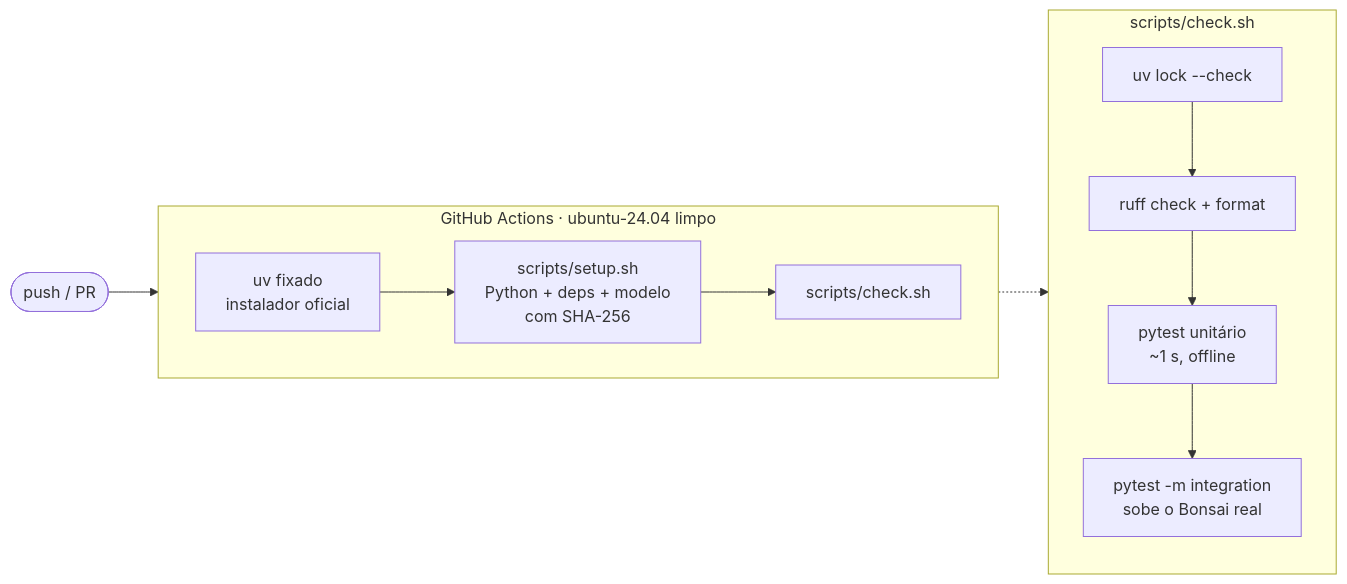
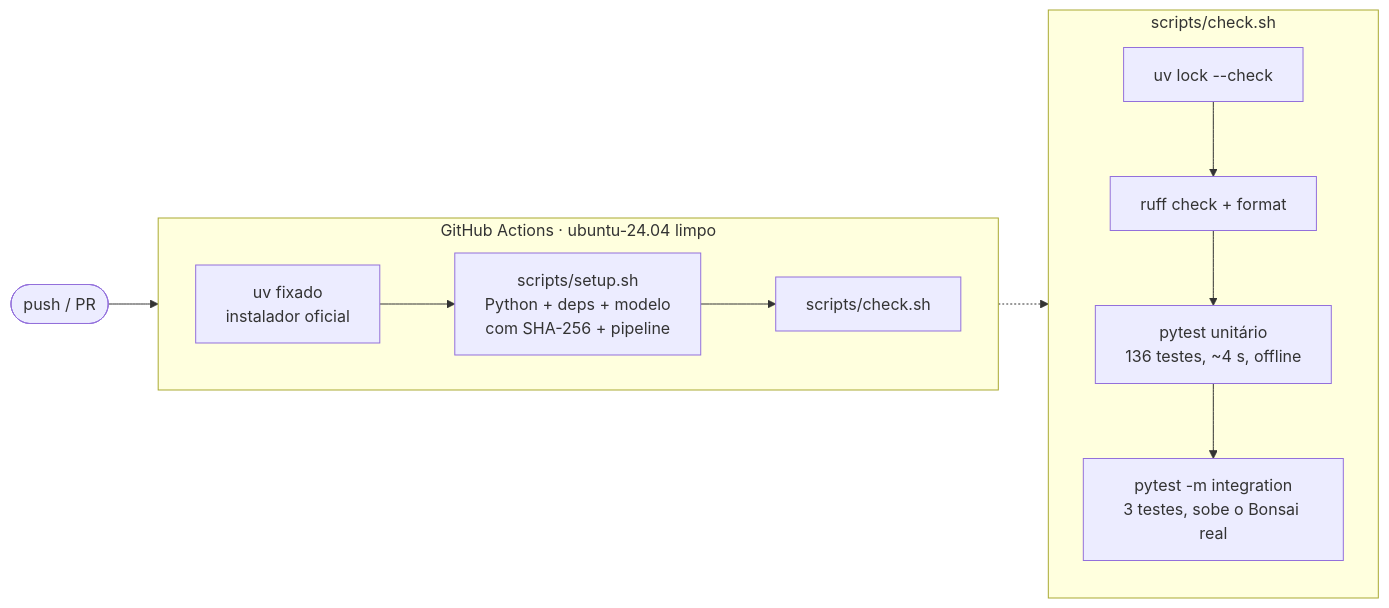
The sixth of 11 diagrams in README.md (RonildoSilva/ai-engineer-challenge), drawn with Mermaid before and after one commit. The commit also changed other lines of this file, not shown here.

First line of the commit message:
docs: atualiza README (roadmap, cobertura de testes, CI)

````diff
--- a/README.md
+++ b/README.md
@@ -205,15 +205,15 @@
 ```mermaid
 flowchart LR
     P([push / PR]) --> CI
     subgraph CI[GitHub Actions · ubuntu-24.04 limpo]
         direction LR
-        U[uv fixado<br/>instalador oficial] --> S[scripts/setup.sh<br/>Python + deps + modelo<br/>com SHA-256] --> K[scripts/check.sh]
+        U[uv fixado<br/>instalador oficial] --> S[scripts/setup.sh<br/>Python + deps + modelo<br/>com SHA-256 + pipeline] --> K[scripts/check.sh]
     end
     subgraph K2[scripts/check.sh]
         direction TB
         L1[uv lock --check] --> L2[ruff check + format]
-        L2 --> L3[pytest unitário<br/>~1 s, offline]
-        L3 --> L4[pytest -m integration<br/>sobe o Bonsai real]
+        L2 --> L3[pytest unitário<br/>136 testes, ~4 s, offline]
+        L3 --> L4[pytest -m integration<br/>3 testes, sobe o Bonsai real]
     end
     K -.-> K2
 ```
````
